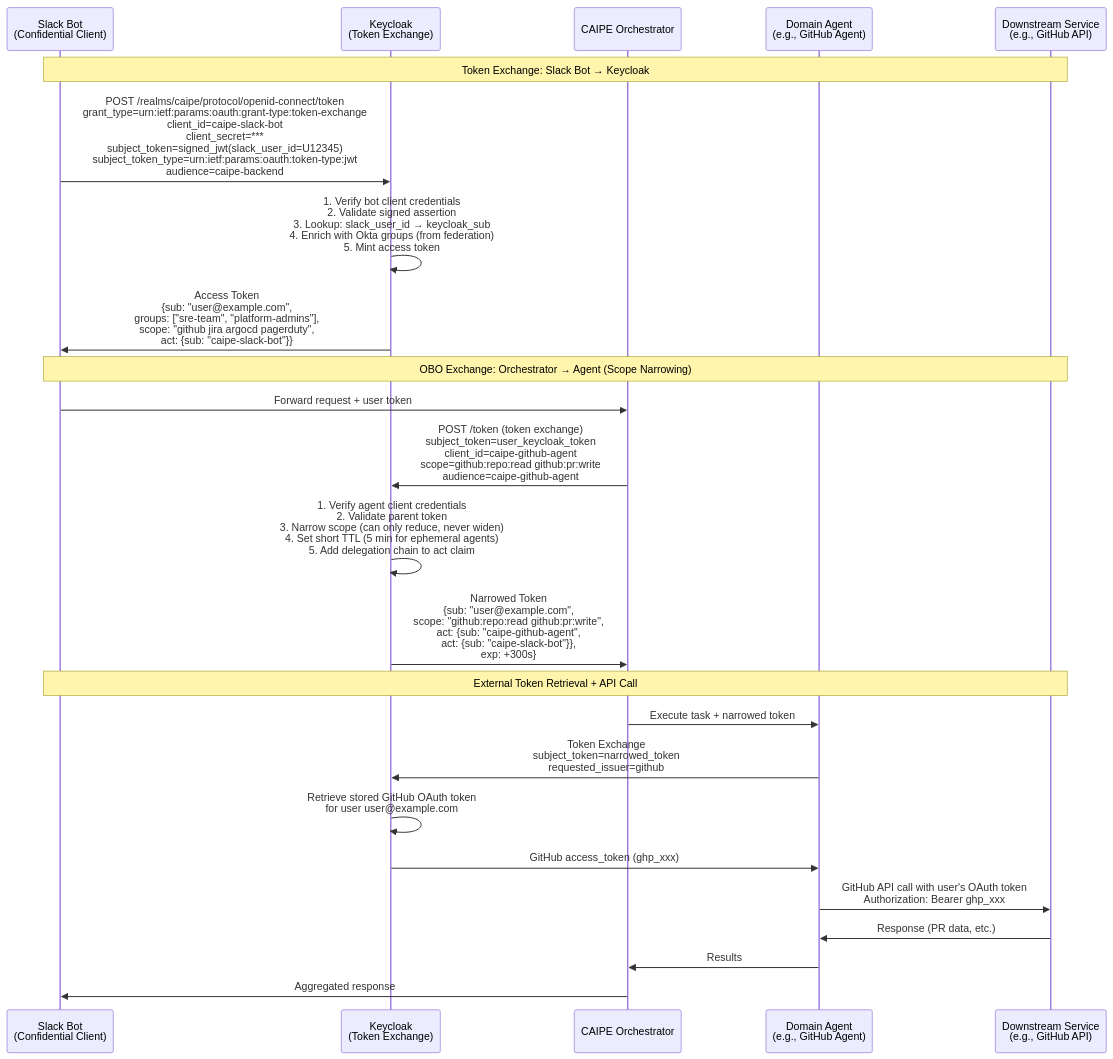
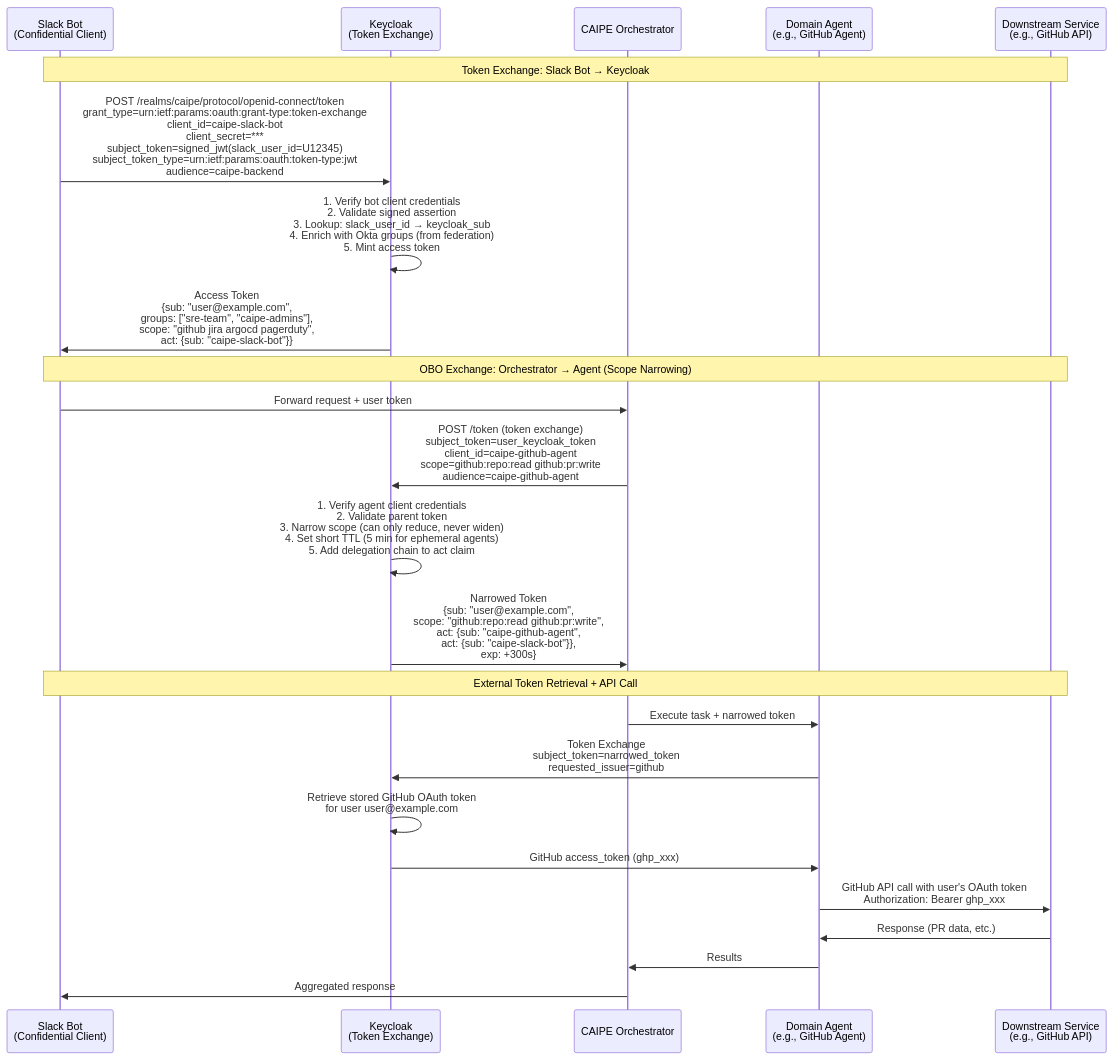
The third of 9 diagrams in docs/docs/architecture/enterprise-identity-federation.md (cnoe-io/ai-platform-engineering), drawn with Mermaid before and after one commit. The commit also changed other lines of this file and 88 other files, not shown here.

````diff
--- a/docs/docs/architecture/enterprise-identity-federation.md
+++ b/docs/docs/architecture/enterprise-identity-federation.md
@@ -231,36 +231,36 @@
 ```mermaid
 sequenceDiagram
     participant SB as Slack Bot<br/>(Confidential Client)
     participant KC as Keycloak<br/>(Token Exchange)
     participant ORCH as CAIPE Orchestrator
     participant AGENT as Domain Agent<br/>(e.g., GitHub Agent)
     participant SVC as Downstream Service<br/>(e.g., GitHub API)
 
     Note over SB,SVC: Token Exchange: Slack Bot → Keycloak
 
     SB->>KC: POST /realms/caipe/protocol/openid-connect/token<br/>grant_type=urn:ietf:params:oauth:grant-type:token-exchange<br/>client_id=caipe-slack-bot<br/>client_secret=***<br/>subject_token=signed_jwt(slack_user_id=U12345)<br/>subject_token_type=urn:ietf:params:oauth:token-type:jwt<br/>audience=caipe-backend
 
     KC->>KC: 1. Verify bot client credentials<br/>2. Validate signed assertion<br/>3. Lookup: slack_user_id → keycloak_sub<br/>4. Enrich with Okta groups (from federation)<br/>5. Mint access token
 
-    KC->>SB: Access Token<br/>{sub: "user@example.com",<br/> groups: ["sre-team", "platform-admins"],<br/> scope: "github jira argocd pagerduty",<br/> act: {sub: "caipe-slack-bot"}}
+    KC->>SB: Access Token<br/>{sub: "user@example.com",<br/> groups: ["sre-team", "caipe-admins"],<br/> scope: "github jira argocd pagerduty",<br/> act: {sub: "caipe-slack-bot"}}
 
     Note over SB,SVC: OBO Exchange: Orchestrator → Agent (Scope Narrowing)
 
     SB->>ORCH: Forward request + user token
     ORCH->>KC: POST /token (token exchange)<br/>subject_token=user_keycloak_token<br/>client_id=caipe-github-agent<br/>scope=github:repo:read github:pr:write<br/>audience=caipe-github-agent
 
     KC->>KC: 1. Verify agent client credentials<br/>2. Validate parent token<br/>3. Narrow scope (can only reduce, never widen)<br/>4. Set short TTL (5 min for ephemeral agents)<br/>5. Add delegation chain to act claim
 
     KC->>ORCH: Narrowed Token<br/>{sub: "user@example.com",<br/> scope: "github:repo:read github:pr:write",<br/> act: {sub: "caipe-github-agent",<br/>       act: {sub: "caipe-slack-bot"}},<br/> exp: +300s}
 
     Note over SB,SVC: External Token Retrieval + API Call
 
     ORCH->>AGENT: Execute task + narrowed token
     AGENT->>KC: Token Exchange<br/>subject_token=narrowed_token<br/>requested_issuer=github
     KC->>KC: Retrieve stored GitHub OAuth token<br/>for user user@example.com
     KC->>AGENT: GitHub access_token (ghp_xxx)
     AGENT->>SVC: GitHub API call with user's OAuth token<br/>Authorization: Bearer ghp_xxx
     SVC->>AGENT: Response (PR data, etc.)
     AGENT->>ORCH: Results
     ORCH->>SB: Aggregated response
 ```
````
